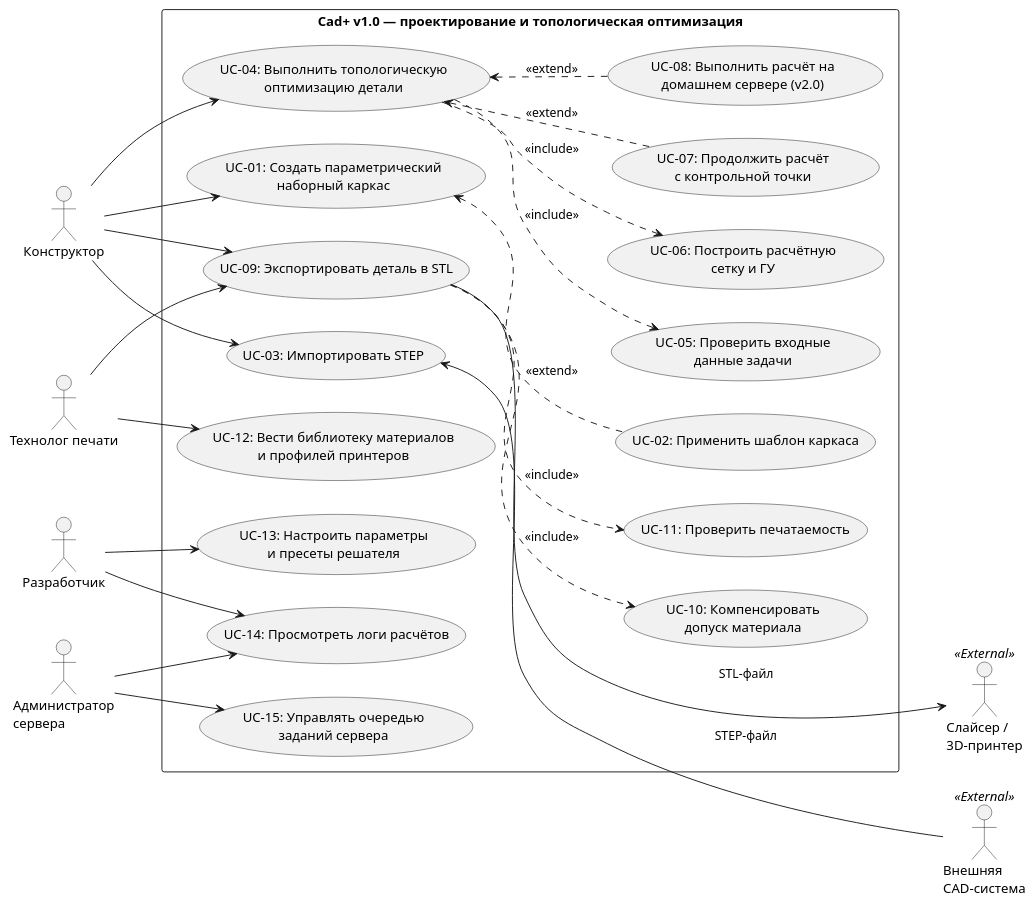
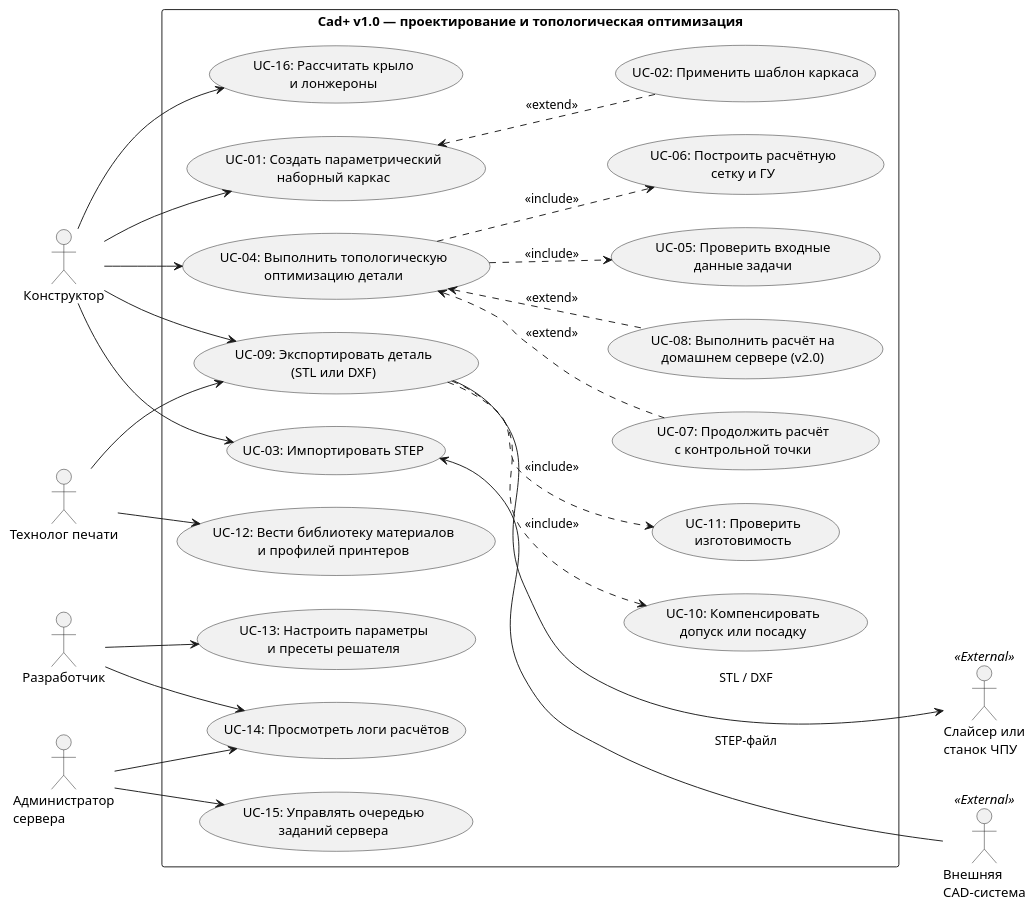
Before and after one commit to wardjonefscek/Yadryshko-: the diagram in docs/use-case.puml, drawn with PlantUML. The commit also changed 2 other files, not shown here.

```diff
--- a/docs/use-case.puml
+++ b/docs/use-case.puml
@@ -1,56 +1,58 @@
 @startuml use-case
 left to right direction
 skinparam monochrome true
 skinparam shadowing false
 skinparam packageStyle rectangle
 skinparam defaultFontName Arial
 
 actor "Конструктор" as CON
 actor "Технолог печати" as TECH
 actor "Разработчик" as DEV
 actor "Администратор\nсервера" as ADM
 
 rectangle "Cad+ v1.0 — проектирование и топологическая оптимизация" {
   usecase "UC-01: Создать параметрический\nнаборный каркас" as UC01
   usecase "UC-03: Импортировать STEP" as UC03
   usecase "UC-04: Выполнить топологическую\nоптимизацию детали" as UC04
-  usecase "UC-09: Экспортировать деталь в STL" as UC09
+  usecase "UC-09: Экспортировать деталь\n(STL или DXF)" as UC09
   usecase "UC-12: Вести библиотеку материалов\nи профилей принтеров" as UC12
   usecase "UC-13: Настроить параметры\nи пресеты решателя" as UC13
   usecase "UC-14: Просмотреть логи расчётов" as UC14
   usecase "UC-15: Управлять очередью\nзаданий сервера" as UC15
+  usecase "UC-16: Рассчитать крыло\nи лонжероны" as UC16
 
   usecase "UC-02: Применить шаблон каркаса" as UC02
   usecase "UC-05: Проверить входные\nданные задачи" as UC05
   usecase "UC-06: Построить расчётную\nсетку и ГУ" as UC06
   usecase "UC-07: Продолжить расчёт\nс контрольной точки" as UC07
   usecase "UC-08: Выполнить расчёт на\nдомашнем сервере (v2.0)" as UC08
-  usecase "UC-10: Компенсировать\nдопуск материала" as UC10
-  usecase "UC-11: Проверить печатаемость" as UC11
+  usecase "UC-10: Компенсировать\nдопуск или посадку" as UC10
+  usecase "UC-11: Проверить\nизготовимость" as UC11
 }
 
 actor "Внешняя\nCAD-система" as EXT <<External>>
-actor "Слайсер /\n3D-принтер" as SL <<External>>
+actor "Слайсер или\nстанок ЧПУ" as SL <<External>>
 
 CON --> UC01
+CON --> UC16
 CON --> UC03
 CON --> UC04
 CON --> UC09
 TECH --> UC09
 TECH --> UC12
 DEV --> UC13
 DEV --> UC14
 ADM --> UC14
 ADM --> UC15
 
 UC01 <.. UC02 : <<extend>>
 UC04 ..> UC05 : <<include>>
 UC04 ..> UC06 : <<include>>
 UC04 <.. UC07 : <<extend>>
 UC04 <.. UC08 : <<extend>>
 UC09 ..> UC10 : <<include>>
 UC09 ..> UC11 : <<include>>
 
 UC03 <--- EXT : STEP-файл
-UC09 ---> SL : STL-файл
+UC09 ---> SL : STL / DXF
 @enduml
```
